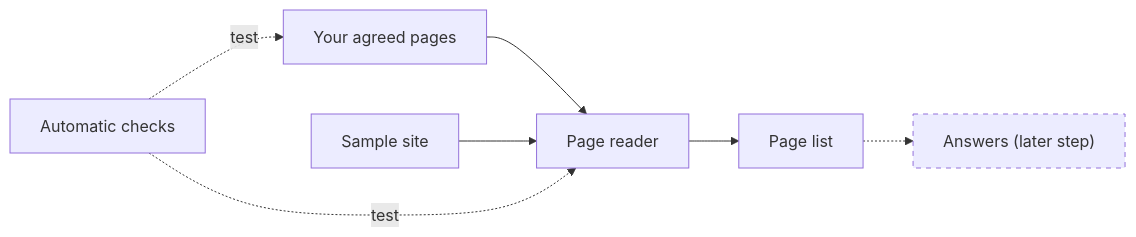
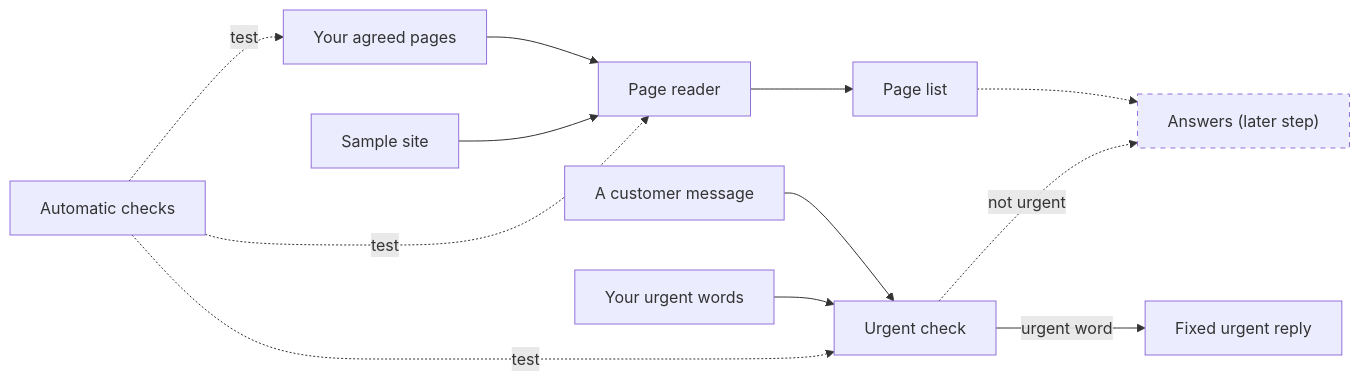
Before and after one commit to RoxanaTapia/maple-street-front-desk: the diagram in README.md, drawn with Mermaid. The commit also changed other lines of this file and 6 other files, not shown here.

First line of the commit message:
feat: give urgent messages the fixed reply

````diff
--- a/README.md
+++ b/README.md
@@ -15,10 +16,15 @@
 ```mermaid
 flowchart LR
   agreed["Your agreed pages"] --> reader["Page reader"]
   site["Sample site"] --> reader
   reader --> list["Page list"]
+  message["A customer message"] --> urgent["Urgent check"]
+  words["Your urgent words"] --> urgent
+  urgent -->|urgent word| reply["Fixed urgent reply"]
   list -.-> answers["Answers (later step)"]
+  urgent -.->|not urgent| answers
   checks["Automatic checks"] -. test .-> reader
   checks -. test .-> agreed
+  checks -. test .-> urgent
   style answers stroke-dasharray: 5 5
 ```
````
